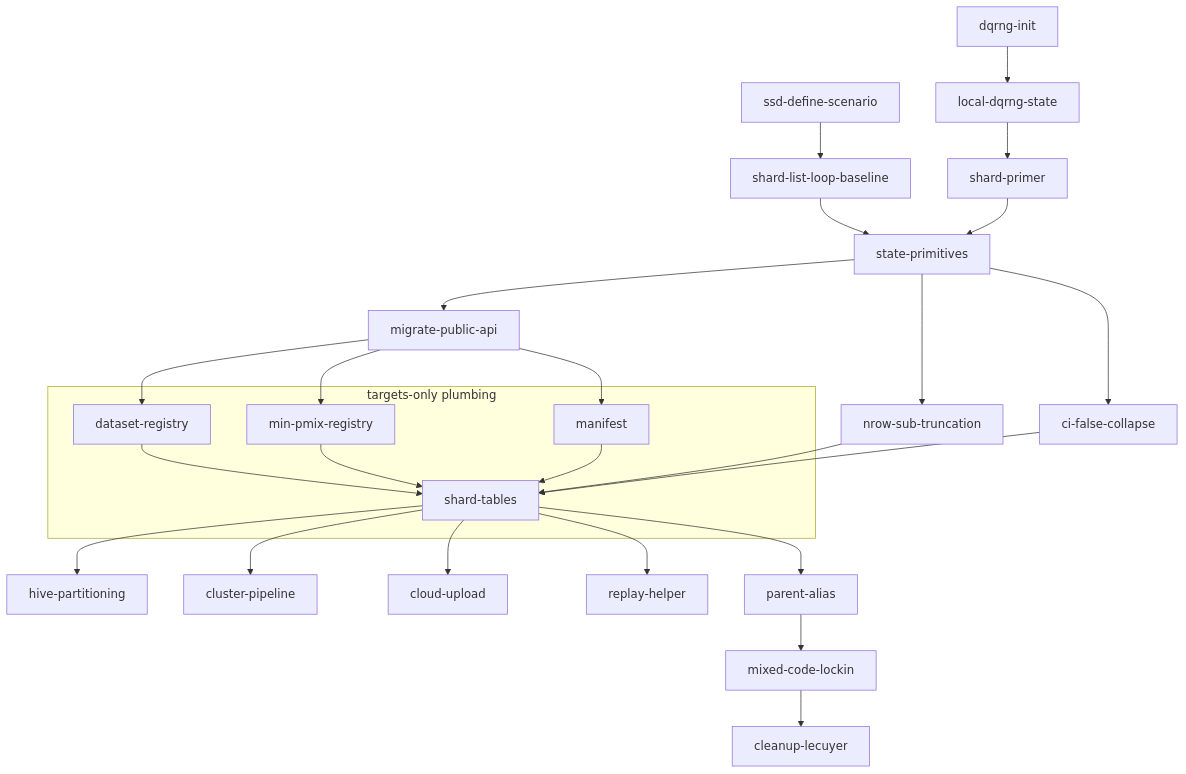
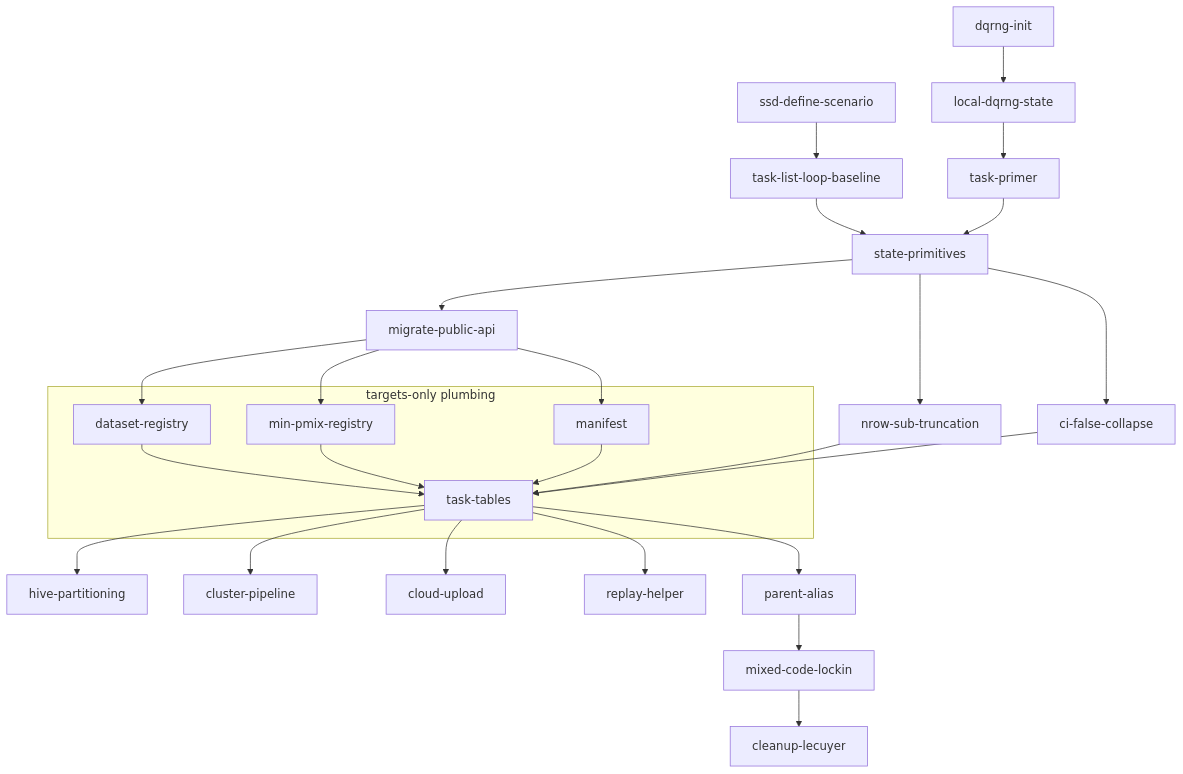
The diagram in TARGETS-DESIGN.md (poissonconsulting/ssdsims), drawn with Mermaid before and after one commit. The commit also changed other lines of this file and 2 other files, not shown here.

First line of the commit message:
docs: split task vs shard - task = table row + computation, shard = Parquet

````diff
--- a/TARGETS-DESIGN.md
+++ b/TARGETS-DESIGN.md
@@ -1326,55 +1327,55 @@
 ```mermaid
 flowchart TD
     define[ssd-define-scenario]
-    baseline[shard-list-loop-baseline]
+    baseline[task-list-loop-baseline]
     dqinit[dqrng-init]
     dqstate[local-dqrng-state]
-    primer[shard-primer]
+    primer[task-primer]
     prims[state-primitives]
     migrate[migrate-public-api]
     nrow[nrow-sub-truncation]
     ci[ci-false-collapse]
 
     subgraph targets [targets-only plumbing]
         dsreg[dataset-registry]
         pmreg[min-pmix-registry]
         manif[manifest]
-        st[shard-tables]
-        dsreg --> st
-        pmreg --> st
-        manif --> st
+        tt[task-tables]
+        dsreg --> tt
+        pmreg --> tt
+        manif --> tt
     end
 
     hive[hive-partitioning]
     cluster[cluster-pipeline]
     cloud[cloud-upload]
     replay[replay-helper]
     alias[parent-alias]
     lockin[mixed-code-lockin]
     cleanup[cleanup-lecuyer]
 
     define --> baseline
     dqinit --> dqstate
     dqstate --> primer
     baseline --> prims
     primer --> prims
 
     prims --> migrate
     prims --> nrow
     prims --> ci
 
     migrate --> dsreg
     migrate --> pmreg
     migrate --> manif
-    nrow --> st
-    ci --> st
+    nrow --> tt
+    ci --> tt
 
-    st --> hive
-    st --> cluster
-    st --> cloud
-    st --> replay
-    st --> alias
+    tt --> hive
+    tt --> cluster
+    tt --> cloud
+    tt --> replay
+    tt --> alias
 
     alias --> lockin
     lockin --> cleanup
 ```
````
